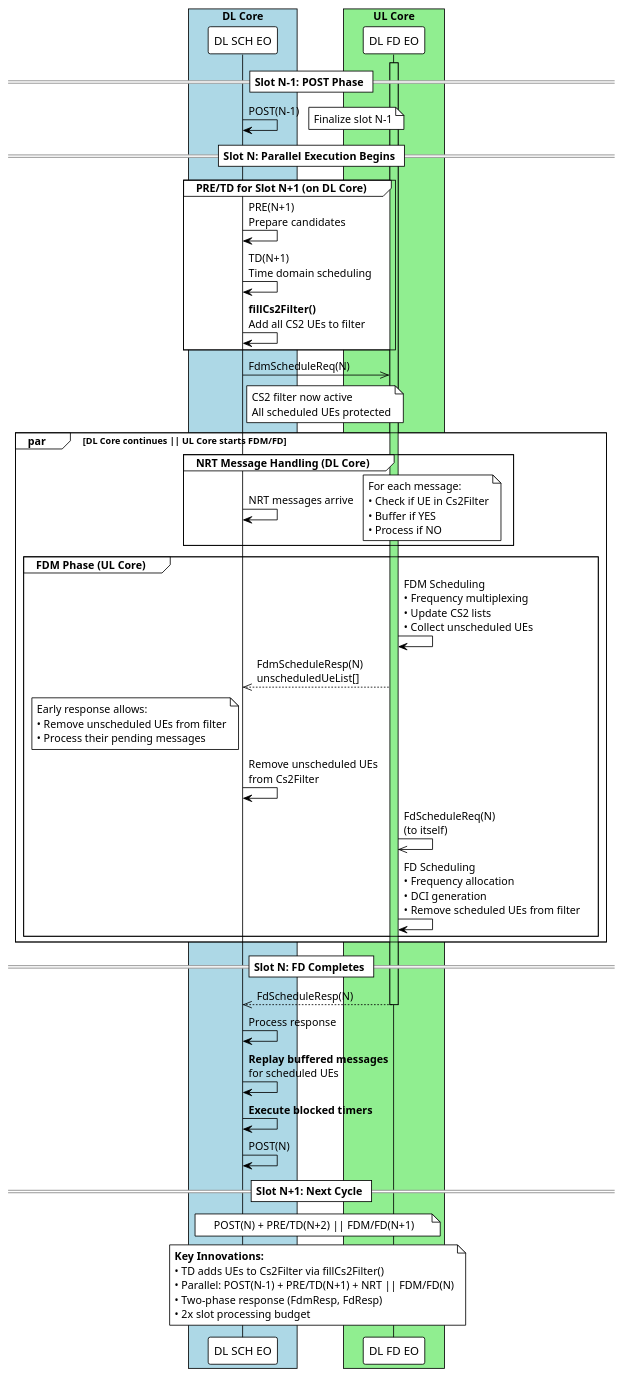
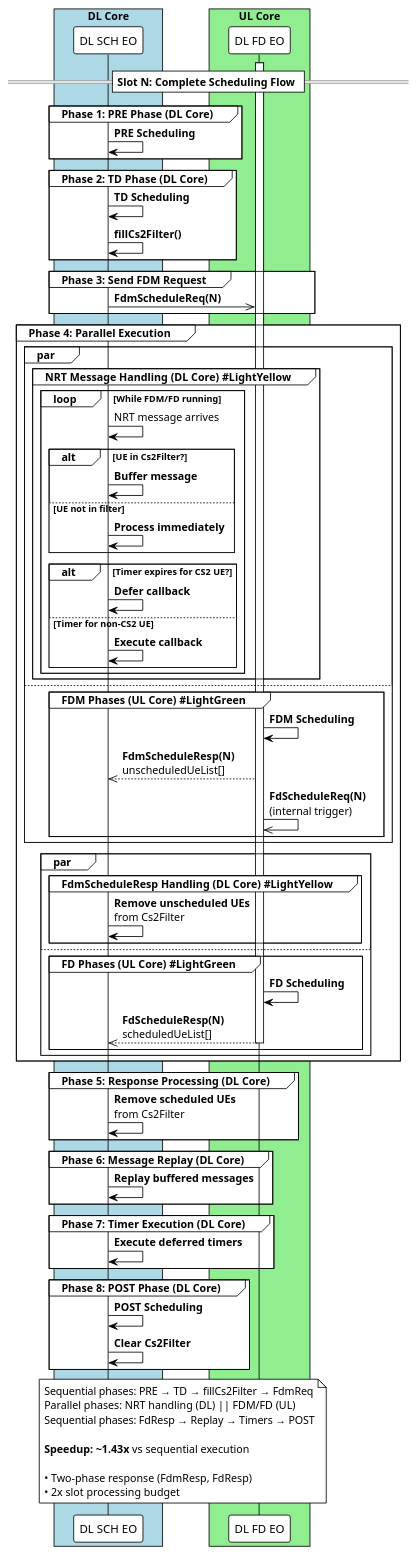
The second of 20 diagrams in work/nokia/project/Parallel Scheduling/Poc/PARALLEL_SCHEDULING_DESIGN.md (wanghaven/note), drawn with PlantUML before and after one commit. The commit also changed other lines of this file and 3 other files, not shown here.

```diff
--- a/work/nokia/project/Parallel Scheduling/Poc/PARALLEL_SCHEDULING_DESIGN.md
+++ b/work/nokia/project/Parallel Scheduling/Poc/PARALLEL_SCHEDULING_DESIGN.md
@@ -99,66 +158,86 @@
     participant "DL FD EO" as DLFD
 end box
 
-== Slot N-1: POST Phase ==
-DLSCH -> DLSCH: POST(N-1)
-note right: Finalize slot N-1
+== Slot N: Complete Scheduling Flow ==
 
-== Slot N: Parallel Execution Begins ==
-
-group PRE/TD for Slot N+1 (on DL Core)
-    DLSCH -> DLSCH: PRE(N+1)\nPrepare candidates
-    DLSCH -> DLSCH: TD(N+1)\nTime domain scheduling
-    DLSCH -> DLSCH: **fillCs2Filter()**\nAdd all CS2 UEs to filter
+group Phase 1: PRE Phase (DL Core)
+    DLSCH -> DLSCH: **PRE Scheduling**
 end
 
-DLSCH ->> DLFD: FdmScheduleReq(N)
-note right of DLSCH: CS2 filter now active\nAll scheduled UEs protected
-
-par DL Core continues || UL Core starts FDM/FD
-    group NRT Message Handling (DL Core)
-        DLSCH -> DLSCH: NRT messages arrive
-        note right
-            For each message:
-            • Check if UE in Cs2Filter
-            • Buffer if YES
-            • Process if NO
-        end note
-    end
-    
-    group FDM Phase (UL Core)
-        activate DLFD #LightGreen
-        DLFD -> DLFD: FDM Scheduling\n• Frequency multiplexing\n• Update CS2 lists\n• Collect unscheduled UEs
-        DLFD -->> DLSCH: FdmScheduleResp(N)\nunscheduledUeList[]
-        note left of DLSCH
-            Early response allows:
-            • Remove unscheduled UEs from filter
-            • Process their pending messages
-        end note
-        
-        DLSCH -> DLSCH: Remove unscheduled UEs\nfrom Cs2Filter
-        
-        DLFD ->> DLFD: FdScheduleReq(N)\n(to itself)
-        DLFD -> DLFD: FD Scheduling\n• Frequency allocation\n• DCI generation\n• Remove scheduled UEs from filter
-    end
+group Phase 2: TD Phase (DL Core)
+    DLSCH -> DLSCH: **TD Scheduling**
+    DLSCH -> DLSCH: **fillCs2Filter()**
 end
 
-== Slot N: FD Completes ==
-DLFD -->> DLSCH: FdScheduleResp(N)
-deactivate DLFD
-DLSCH -> DLSCH: Process response
-DLSCH -> DLSCH: **Replay buffered messages**\nfor scheduled UEs
-DLSCH -> DLSCH: **Execute blocked timers**
-DLSCH -> DLSCH: POST(N)
+group Phase 3: Send FDM Request
+    DLSCH ->> DLFD: **FdmScheduleReq(N)**
+end
 
-== Slot N+1: Next Cycle ==
-note over DLSCH, DLFD
-    POST(N) + PRE/TD(N+2) || FDM/FD(N+1)
-end note
+group Phase 4: Parallel Execution
+    par 
+        group NRT Message Handling (DL Core) #LightYellow
+            loop While FDM/FD running
+                DLSCH -> DLSCH: NRT message arrives
+                
+                alt UE in Cs2Filter?
+                    DLSCH -> DLSCH: **Buffer message**
+                else UE not in filter
+                    DLSCH -> DLSCH: **Process immediately**
+                end
+                
+                alt Timer expires for CS2 UE?
+                    DLSCH -> DLSCH: **Defer callback**
+                else Timer for non-CS2 UE
+                    DLSCH -> DLSCH: **Execute callback**
+                end
+            end
+        end
+    else
+        group FDM Phases (UL Core) #LightGreen
+            activate DLFD
+            DLFD -> DLFD: **FDM Scheduling**
+            DLFD -->> DLSCH: **FdmScheduleResp(N)**\nunscheduledUeList[]
+            DLFD ->> DLFD: **FdScheduleReq(N)**\n(internal trigger)
+        end    
+    end
+
+    par
+        group FdmScheduleResp Handling (DL Core) #LightYellow
+            DLSCH -> DLSCH: **Remove unscheduled UEs**\nfrom Cs2Filter
+        end
+    else
+        group FD Phases (UL Core) #LightGreen    
+            DLFD -> DLFD: **FD Scheduling**
+            DLFD -->> DLSCH: **FdScheduleResp(N)**\nscheduledUeList[]
+            deactivate DLFD
+        end   
+    end 
+end
+
+group Phase 5: Response Processing (DL Core)
+    DLSCH -> DLSCH: **Remove scheduled UEs**\nfrom Cs2Filter
+end
+
+group Phase 6: Message Replay (DL Core)
+    DLSCH -> DLSCH: **Replay buffered messages**
+end
+
+group Phase 7: Timer Execution (DL Core)
+    DLSCH -> DLSCH: **Execute deferred timers**
+end
+
+group Phase 8: POST Phase (DL Core)
+    DLSCH -> DLSCH: **POST Scheduling**
+    DLSCH -> DLSCH: **Clear Cs2Filter**
+end
 
 note over DLSCH, DLFD
-    **Key Innovations:**
-    • TD adds UEs to Cs2Filter via fillCs2Filter()
-    • Parallel: POST(N-1) + PRE/TD(N+1) + NRT || FDM/FD(N)
+    Sequential phases: PRE → TD → fillCs2Filter → FdmReq
+    Parallel phases: NRT handling (DL) || FDM/FD (UL)
+    Sequential phases: FdResp → Replay → Timers → POST
+    
+    **Speedup: ~1.43x** vs sequential execution
+
     • Two-phase response (FdmResp, FdResp)
     • 2x slot processing budget
 end note
```
